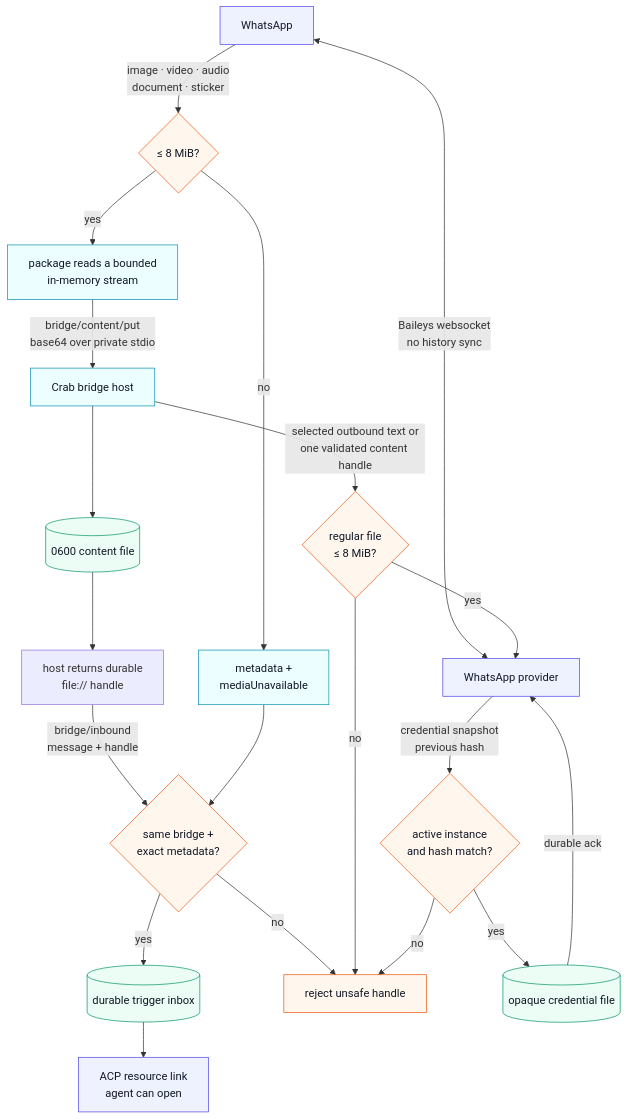
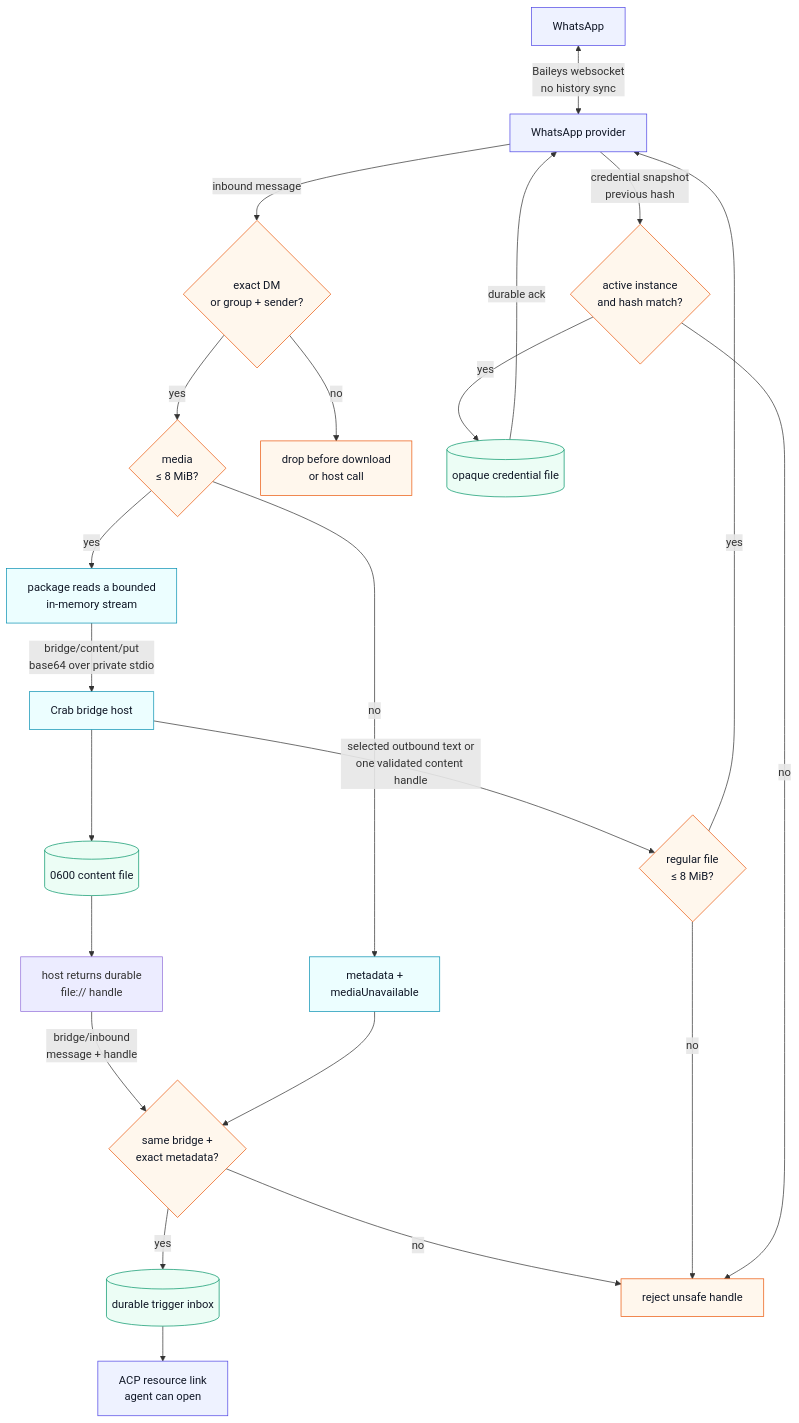
Before and after one commit to fontanierh/crab: the diagram in v2/bridges/whatsapp/architecture.mmd, drawn with Mermaid. The commit also changed 13 other files, not shown here.

```diff
--- a/v2/bridges/whatsapp/architecture.mmd
+++ b/v2/bridges/whatsapp/architecture.mmd
@@ -1,30 +1,32 @@
 flowchart TB
     WA["WhatsApp"] <-->|"Baileys websocket<br/>no history sync"| PKG["WhatsApp provider"]
-    WA -->|"image · video · audio<br/>document · sticker"| LIMIT{"≤ 8 MiB?"}
+    PKG -->|"inbound message"| POLICY{"exact DM<br/>or group + sender?"}
+    POLICY -->|yes| LIMIT{"media<br/>≤ 8 MiB?"}
+    POLICY -->|no| DROP["drop before download<br/>or host call"]
     LIMIT -->|yes| STREAM["package reads a bounded<br/>in-memory stream"]
     STREAM -->|"bridge/content/put<br/>base64 over private stdio"| HOST["Crab bridge host"]
     HOST --> PRIVATE[("0600 content file")]
     PRIVATE --> HANDLE["host returns durable<br/>file:// handle"]
     HANDLE -->|"bridge/inbound<br/>message + handle"| VALIDATE{"same bridge +<br/>exact metadata?"}
     VALIDATE -->|yes| INBOX[("durable trigger inbox")]
     INBOX --> ACP["ACP resource link<br/>agent can open"]
     LIMIT -->|no| META["metadata +<br/>mediaUnavailable"]
     META --> VALIDATE
     VALIDATE -->|no| REJECT["reject unsafe handle"]
 
     HOST -->|"selected outbound text or<br/>one validated content handle"| OUT{"regular file<br/>≤ 8 MiB?"}
     OUT -->|yes| PKG
     OUT -->|no| REJECT
     PKG -->|"credential snapshot<br/>previous hash"| CAS{"active instance<br/>and hash match?"}
     CAS -->|yes| CREDS[("opaque credential file")]
     CREDS -->|"durable ack"| PKG
     CAS -->|no| REJECT
 
     classDef service fill:#eef2ff,stroke:#4f46e5,color:#111827;
     classDef action fill:#ecfeff,stroke:#0891b2,color:#111827;
     classDef durable fill:#ecfdf5,stroke:#059669,color:#111827;
     classDef guard fill:#fff7ed,stroke:#ea580c,color:#111827;
     class WA,PKG,ACP service;
     class STREAM,HOST,META action;
     class PRIVATE,INBOX,CREDS durable;
-    class LIMIT,VALIDATE,OUT,CAS,REJECT guard;
+    class POLICY,LIMIT,VALIDATE,OUT,CAS,REJECT,DROP guard;
```
